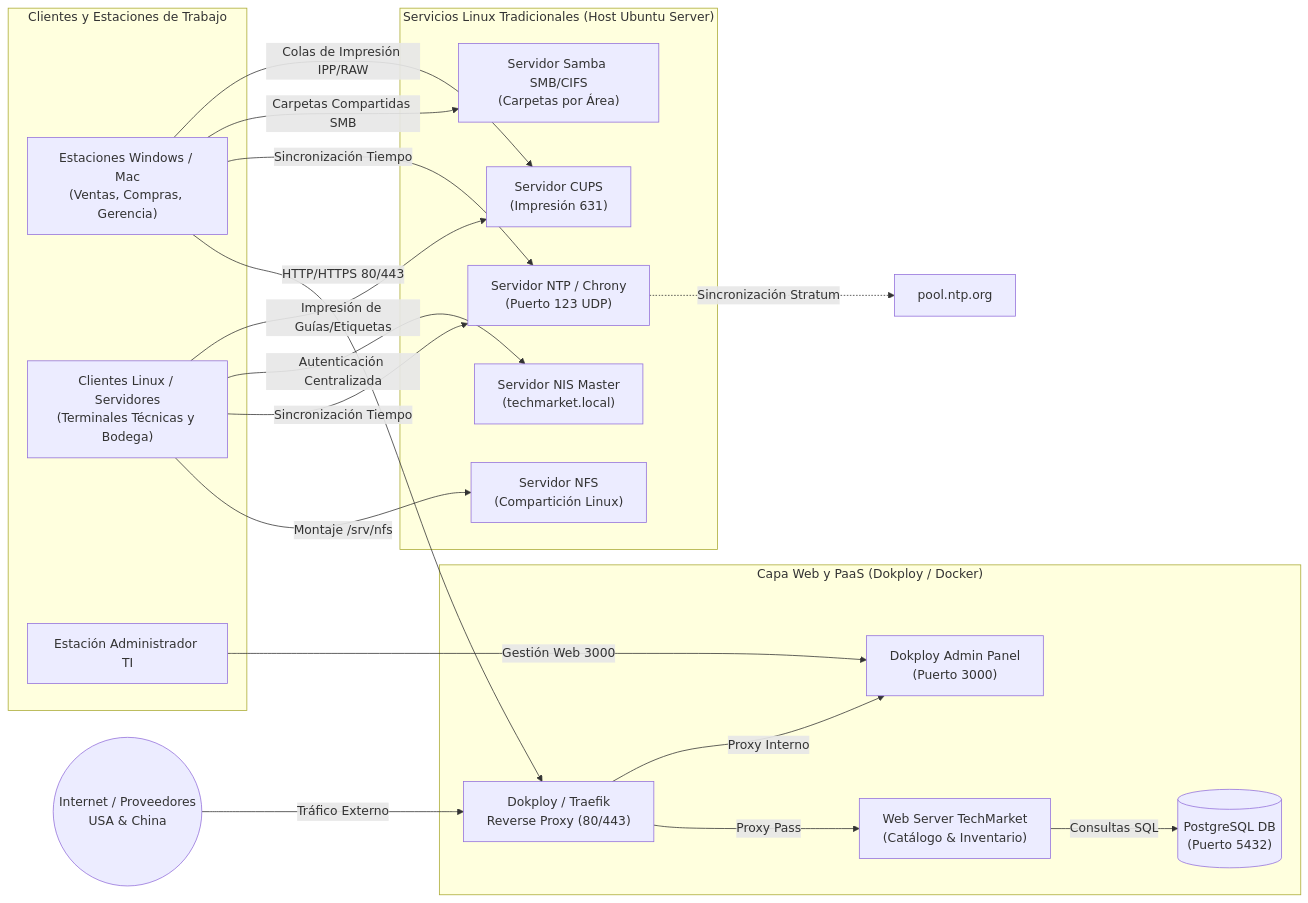
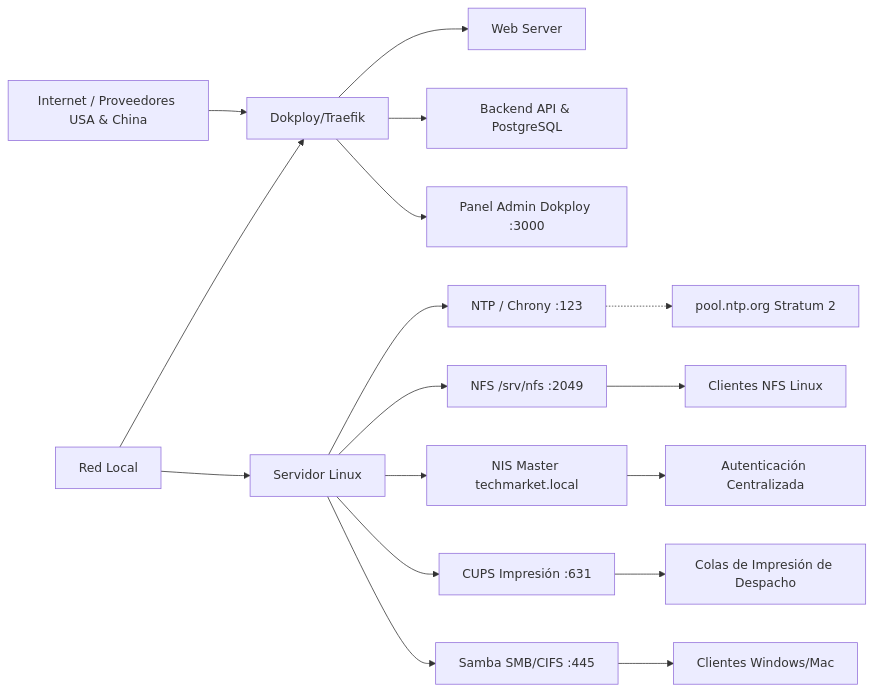
Before and after one commit to AndresCepedaC/PF_AdminTI: the diagram in diagrama.mmd, drawn with Mermaid. The commit also changed 31 other files, not shown here.

Commit message:
docs: perfeccionar analisis, documentacion, diagrama y organizar evidencias reales

```diff
--- a/diagrama.mmd
+++ b/diagrama.mmd
@@ -1,44 +1,31 @@
 graph LR
-    %% Clientes y Red Local
-    subgraph CLIENTES ["Clientes y Estaciones de Trabajo"]
-        WIN_MAC["Estaciones Windows / Mac<br/>(Ventas, Compras, Gerencia)"]
-        LIN_CLI["Clientes Linux / Servidores<br/>(Terminales Técnicas y Bodega)"]
-        ADMIN_CLI["Estación Administrador TI"]
-    end
+    %% =========================================================================
+    %% ARQUITECTURA DE INFRAESTRUCTURA TI - TECHMARKET S.A.S.
+    %% Universidad del Quindío - 2026-1
+    %% =========================================================================
 
-    %% Perímetro y Enrutamiento Web
-    subgraph WEB_INFR ["Capa Web y PaaS (Dokploy / Docker)"]
-        TRAEFIK["Dokploy / Traefik<br/>Reverse Proxy (80/443)"]
-        PANEL["Dokploy Admin Panel<br/>(Puerto 3000)"]
-        WEB_SRV["Web Server TechMarket<br/>(Catálogo & Inventario)"]
-        DB_SRV[("PostgreSQL DB<br/>(Puerto 5432)")]
-    end
+    %% Entrada y Clientes
+    A[Red Local] --> B[Dokploy/Traefik]
+    A --> F[Servidor Linux]
 
-    %% Servidor Linux Tradicional
-    subgraph LINUX_BASE ["Servicios Linux Tradicionales (Host Ubuntu Server)"]
-        NTP_SRV["Servidor NTP / Chrony<br/>(Puerto 123 UDP)"]
-        NFS_SRV["Servidor NFS<br/>(Compartición Linux)"]
-        NIS_SRV["Servidor NIS Master<br/>(techmarket.local)"]
-        CUPS_SRV["Servidor CUPS<br/>(Impresión 631)"]
-        SAMBA_SRV["Servidor Samba SMB/CIFS<br/>(Carpetas por Área)"]
-    end
+    %% Capa Dokploy / Contenedores (PaaS)
+    B --> C[Web Server]
+    B --> D[Backend API & PostgreSQL]
+    B --> E[Panel Admin Dokploy :3000]
 
-    %% Relaciones Web
-    WIN_MAC -->|HTTP/HTTPS 80/443| TRAEFIK
-    ADMIN_CLI -->|Gestión Web 3000| PANEL
-    TRAEFIK -->|Proxy Pass| WEB_SRV
-    TRAEFIK -->|Proxy Interno| PANEL
-    WEB_SRV -->|Consultas SQL| DB_SRV
+    %% Capa Servicios Tradicionales del Sistema
+    F --> G[NTP / Chrony :123]
+    F --> H[NFS /srv/nfs :2049]
+    F --> I[NIS Master techmarket.local]
+    F --> J[CUPS Impresión :631]
+    F --> K[Samba SMB/CIFS :445]
 
-    %% Relaciones Servicios Base
-    LIN_CLI -->|Montaje /srv/nfs| NFS_SRV
-    LIN_CLI -->|Sincronización Tiempo| NTP_SRV
-    WIN_MAC -->|Sincronización Tiempo| NTP_SRV
-    LIN_CLI -->|Autenticación Centralizada| NIS_SRV
-    WIN_MAC -->|Carpetas Compartidas SMB| SAMBA_SRV
-    WIN_MAC -->|Colas de Impresión IPP/RAW| CUPS_SRV
-    LIN_CLI -->|Impresión de Guías/Etiquetas| CUPS_SRV
+    %% Enlaces a Clientes Finales
+    H --> L[Clientes NFS Linux]
+    K --> M[Clientes Windows/Mac]
+    I --> N[Autenticación Centralizada]
+    J --> O[Colas de Impresión de Despacho]
 
-    %% Enlaces Externos
-    INTERNET(("Internet / Proveedores<br/>USA & China")) -->|Tráfico Externo| TRAEFIK
-    NTP_SRV -.->|Sincronización Stratum| POOL_NTP["pool.ntp.org"]
+    %% Sincronización Externa y Conectividad
+    G -.-> P[pool.ntp.org Stratum 2]
+    Q[Internet / Proveedores USA & China] --> B
```
